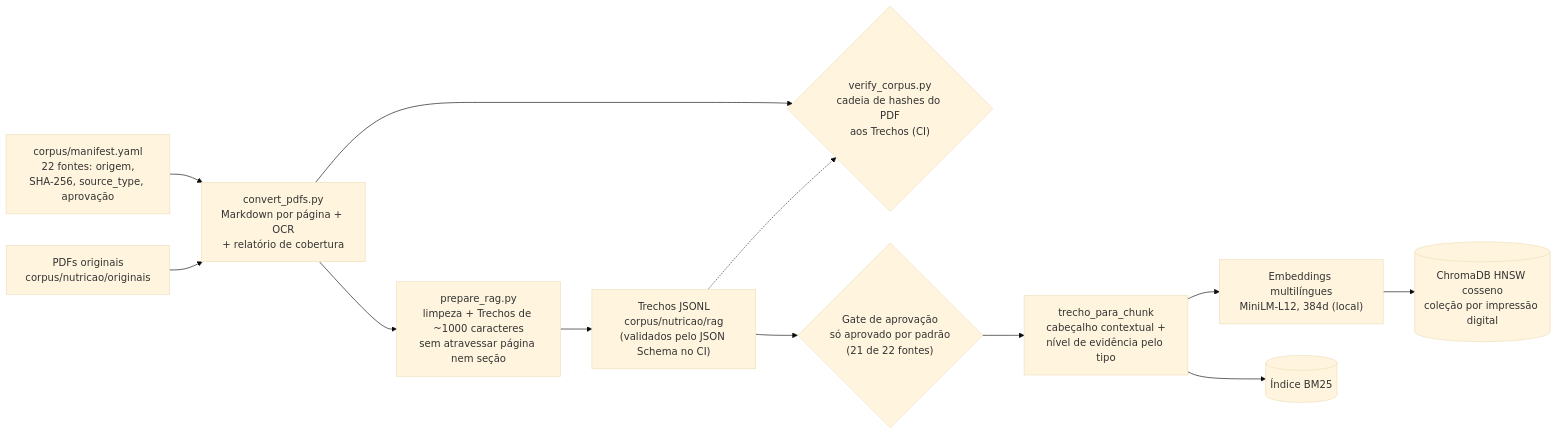
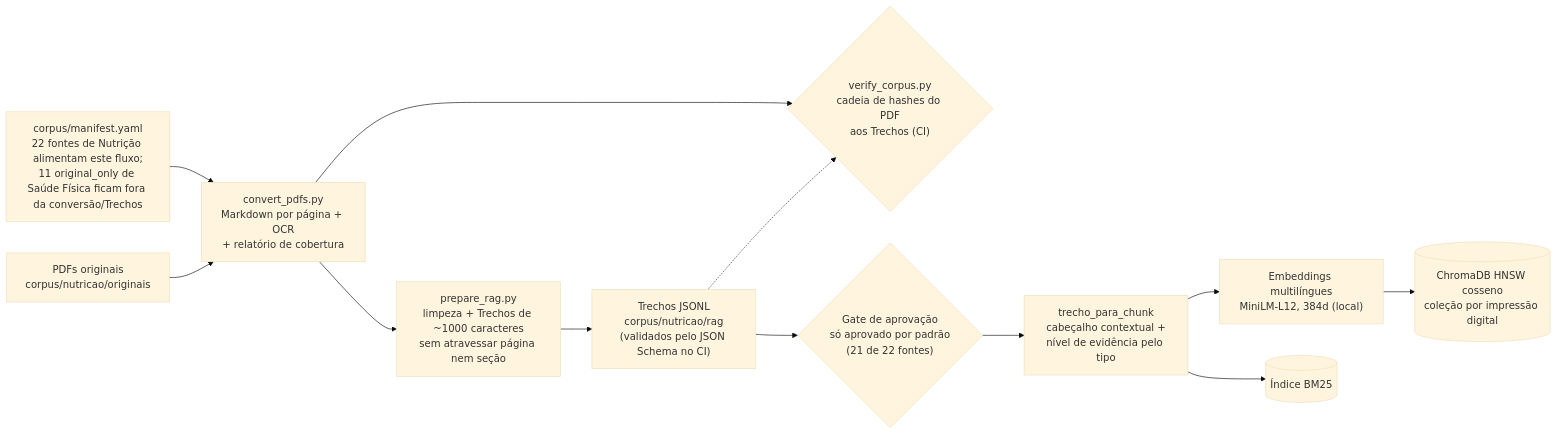
One commit to Cultiva-Challenge-2-Residencia-IA/CultivaProjetoFase1 changed the first of 2 diagrams in docs/entrega-rag-nutricao.md. Above: the diagram before and after it, drawn with Mermaid (base theme). The commit also changed other lines of this file and 32 other files, not shown here.

First line of the commit message:
feat(corpus): adiciona fontes prioritarias de saude fisica

````diff
--- a/docs/entrega-rag-nutricao.md
+++ b/docs/entrega-rag-nutricao.md
@@ -75,14 +75,14 @@
 ```mermaid
 flowchart LR
-    M["corpus/manifest.yaml<br/>22 fontes: origem,<br/>SHA-256, source_type, aprovação"] --> C
+    M["corpus/manifest.yaml<br/>22 fontes de Nutrição alimentam este fluxo;<br/>11 original_only de Saúde Física ficam fora da conversão/Trechos"] --> C
     P["PDFs originais<br/>corpus/nutricao/originais"] --> C["convert_pdfs.py<br/>Markdown por página + OCR<br/>+ relatório de cobertura"]
     C --> V{"verify_corpus.py<br/>cadeia de hashes do PDF<br/>aos Trechos (CI)"}
     C --> R["prepare_rag.py<br/>limpeza + Trechos de ~1000 caracteres<br/>sem atravessar página nem seção"]
     R --> J["Trechos JSONL<br/>corpus/nutricao/rag<br/>(validados pelo JSON Schema no CI)"]
     J -.-> V
     J --> G{"Gate de aprovação<br/>só aprovado por padrão<br/>(21 de 22 fontes)"}
     G --> T["trecho_para_chunk<br/>cabeçalho contextual +<br/>nível de evidência pelo tipo"]
     T --> E["Embeddings multilíngues<br/>MiniLM-L12, 384d (local)"]
     E --> DB[("ChromaDB HNSW cosseno<br/>coleção por impressão digital")]
     T --> B[("Índice BM25")]
 ```
````
